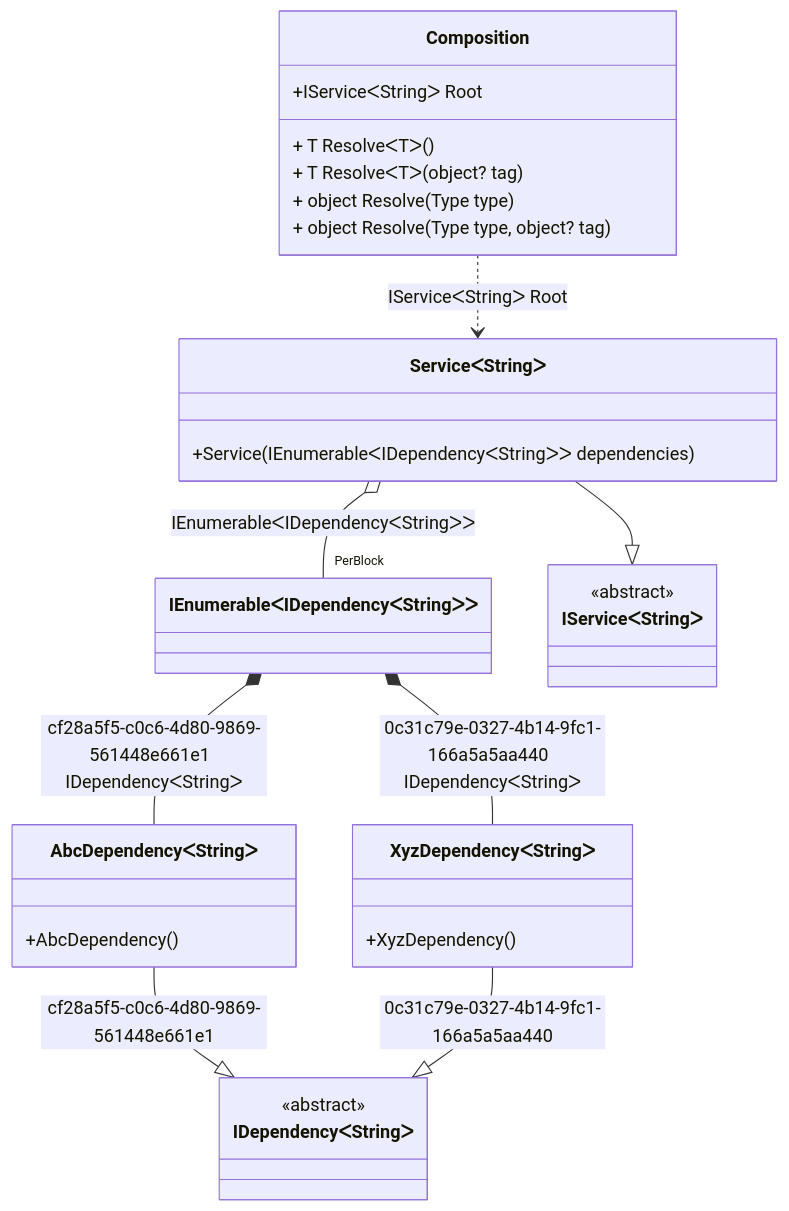
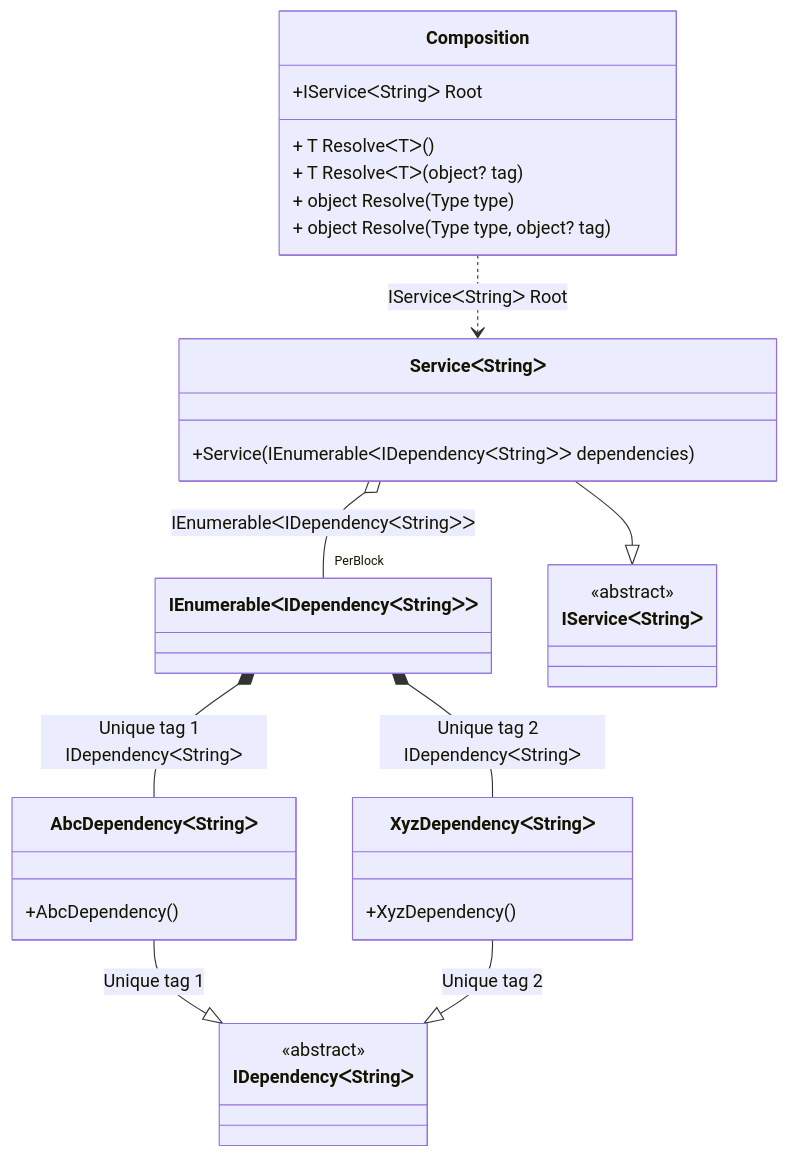
Before and after one commit to DevTeam/Pure.DI: the diagram in readme/tag-unique.md, drawn with Mermaid. The commit also changed other lines of this file and 11 other files, not shown here.

Commit message:
Improved unique tag name

````diff
--- a/readme/tag-unique.md
+++ b/readme/tag-unique.md
@@ -39,33 +39,33 @@
 ```mermaid
 classDiagram
   class Composition {
     +IServiceᐸStringᐳ Root
     + T ResolveᐸTᐳ()
     + T ResolveᐸTᐳ(object? tag)
     + object Resolve(Type type)
     + object Resolve(Type type, object? tag)
   }
   class IEnumerableᐸIDependencyᐸStringᐳᐳ
-  AbcDependencyᐸStringᐳ --|> IDependencyᐸStringᐳ : cf28a5f5-c0c6-4d80-9869-561448e661e1 
+  AbcDependencyᐸStringᐳ --|> IDependencyᐸStringᐳ : Unique tag 1 
   class AbcDependencyᐸStringᐳ {
     +AbcDependency()
   }
-  XyzDependencyᐸStringᐳ --|> IDependencyᐸStringᐳ : 0c31c79e-0327-4b14-9fc1-166a5a5aa440 
+  XyzDependencyᐸStringᐳ --|> IDependencyᐸStringᐳ : Unique tag 2 
   class XyzDependencyᐸStringᐳ {
     +XyzDependency()
   }
   ServiceᐸStringᐳ --|> IServiceᐸStringᐳ : 
   class ServiceᐸStringᐳ {
     +Service(IEnumerableᐸIDependencyᐸStringᐳᐳ dependencies)
   }
   class IDependencyᐸStringᐳ {
     <<abstract>>
   }
   class IServiceᐸStringᐳ {
     <<abstract>>
   }
-  IEnumerableᐸIDependencyᐸStringᐳᐳ *--  AbcDependencyᐸStringᐳ : cf28a5f5-c0c6-4d80-9869-561448e661e1  IDependencyᐸStringᐳ
-  IEnumerableᐸIDependencyᐸStringᐳᐳ *--  XyzDependencyᐸStringᐳ : 0c31c79e-0327-4b14-9fc1-166a5a5aa440  IDependencyᐸStringᐳ
+  IEnumerableᐸIDependencyᐸStringᐳᐳ *--  AbcDependencyᐸStringᐳ : Unique tag 1  IDependencyᐸStringᐳ
+  IEnumerableᐸIDependencyᐸStringᐳᐳ *--  XyzDependencyᐸStringᐳ : Unique tag 2  IDependencyᐸStringᐳ
   Composition ..> ServiceᐸStringᐳ : IServiceᐸStringᐳ Root
   ServiceᐸStringᐳ o--  "PerBlock" IEnumerableᐸIDependencyᐸStringᐳᐳ : IEnumerableᐸIDependencyᐸStringᐳᐳ
 ```
````
